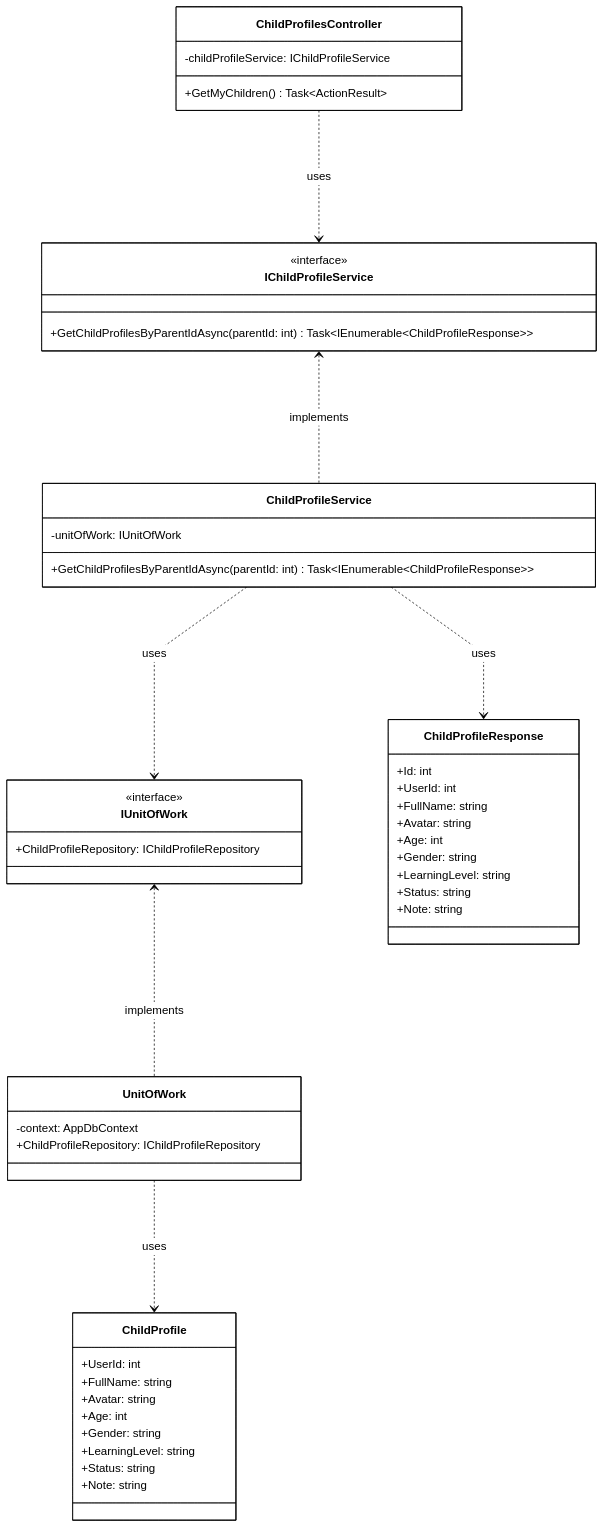
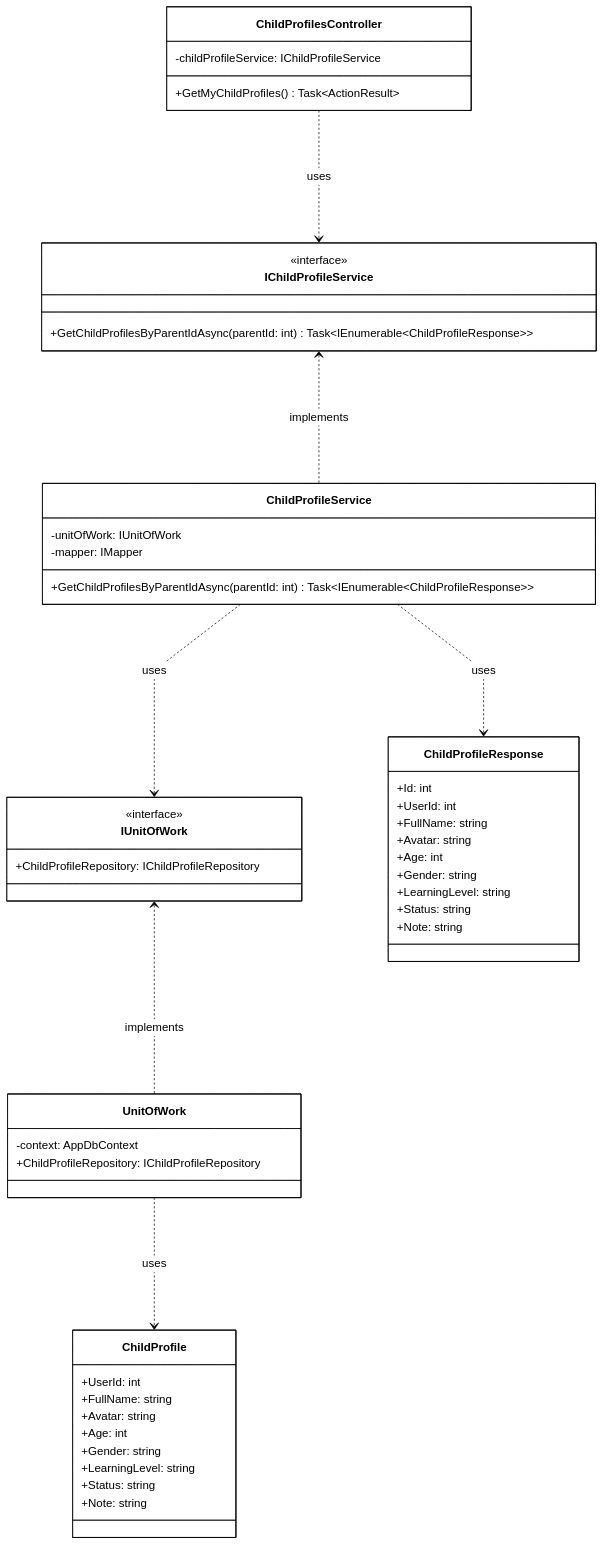
Before and after one commit to PhucAnDev/docx-diagram: the diagram in 06-child-profile-enrollment/sequence-diagram/classes/get-my-children-profiles.class.mmd, drawn with Mermaid. The commit also changed 11 other files, not shown here.

Commit message:
fix: update Module 06 class diagrams with correct IMapper fields, controller method names, and activations

```diff
--- a/06-child-profile-enrollment/sequence-diagram/classes/get-my-children-profiles.class.mmd
+++ b/06-child-profile-enrollment/sequence-diagram/classes/get-my-children-profiles.class.mmd
@@ -1,58 +1,59 @@
 %%{init: {'theme':'base', 'flowchart':{'nodeSpacing':120,'rankSpacing':160,'curve':'linear'}, 'themeVariables': {'mainBkg':'#ffffff','nodeBorder':'#000000','clusterBkg':'#ffffff','clusterBorder':'#000000','titleColor':'#000000','edgeLabelBackground':'#ffffff','classText':'#000000','lineColor':'#000000','primaryColor':'#ffffff','primaryTextColor':'#000000','primaryBorderColor':'#000000'}}}%%
 classDiagram
     direction TB
 
     class ChildProfilesController {
         -childProfileService: IChildProfileService
-        +GetMyChildren() Task~ActionResult~
+        +GetMyChildProfiles() Task~ActionResult~
     }
 
     class IChildProfileService {
         <<interface>>
         +GetChildProfilesByParentIdAsync(parentId: int) Task~IEnumerable~ChildProfileResponse~~
     }
 
     class ChildProfileService {
         -unitOfWork: IUnitOfWork
+        -mapper: IMapper
         +GetChildProfilesByParentIdAsync(parentId: int) Task~IEnumerable~ChildProfileResponse~~
     }
 
     class IUnitOfWork {
         <<interface>>
         +ChildProfileRepository: IChildProfileRepository
     }
 
     class UnitOfWork {
         -context: AppDbContext
         +ChildProfileRepository: IChildProfileRepository
     }
 
     class ChildProfileResponse {
         +Id: int
         +UserId: int
         +FullName: string
         +Avatar: string
         +Age: int
         +Gender: string
         +LearningLevel: string
         +Status: string
         +Note: string
     }
 
     class ChildProfile {
         +UserId: int
         +FullName: string
         +Avatar: string
         +Age: int
         +Gender: string
         +LearningLevel: string
         +Status: string
         +Note: string
     }
 
     ChildProfilesController ..> IChildProfileService : uses
     IChildProfileService <.. ChildProfileService : implements
     ChildProfileService ..> IUnitOfWork : uses
     ChildProfileService ..> ChildProfileResponse : uses
     IUnitOfWork <.. UnitOfWork : implements
     UnitOfWork ..> ChildProfile : uses
```
